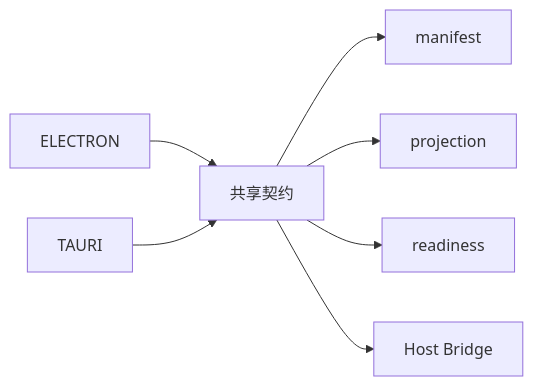
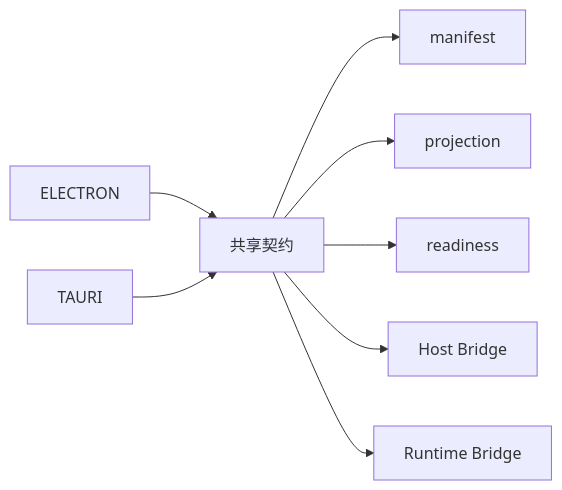
One commit to limecloud/lime-desktop-platform changed the tenth of 10 diagrams in docs/v1/architecture-diagrams.md. Above: the diagram before and after it, drawn with Mermaid. The commit also changed other lines of this file and 33 other files, not shown here.

Commit message:
Add zhongcao runtime bridge platform lifecycle

````diff
--- a/docs/v1/architecture-diagrams.md
+++ b/docs/v1/architecture-diagrams.md
@@ -193,9 +247,10 @@
 ```mermaid
 flowchart LR
   Electron[ELECTRON] --> Contract[共享契约]
   Tauri[TAURI] --> Contract
   Contract --> Manifest[manifest]
   Contract --> Projection[projection]
   Contract --> Readiness[readiness]
   Contract --> Bridge[Host Bridge]
+  Contract --> RuntimeBridge[Runtime Bridge]
 ```
````
